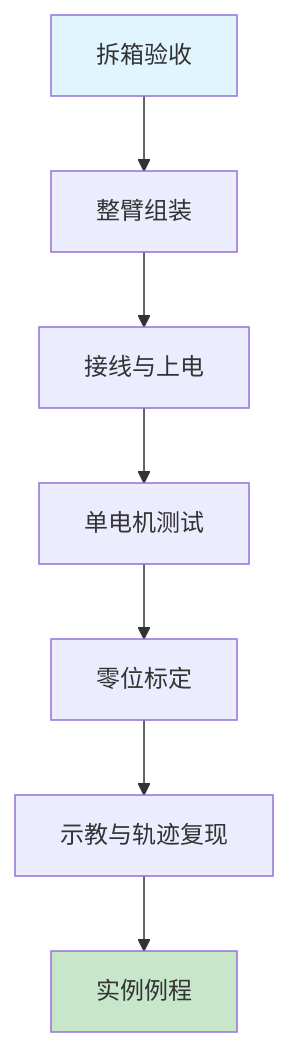
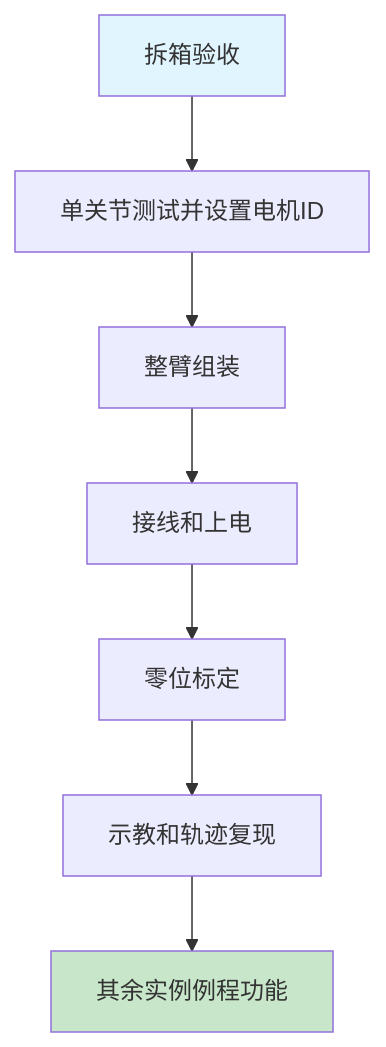
The first of 3 diagrams in docs/chapter1_1.md (joyin-dexhand/joyin_arm_tutorial), drawn with Mermaid before and after one commit. The commit also changed other lines of this file, not shown here.

````diff
--- a/docs/chapter1_1.md
+++ b/docs/chapter1_1.md
@@ -64,12 +64,12 @@
 ```mermaid
 flowchart TD
-    A[拆箱验收] --> B[整臂组装]
-    B --> C[接线与上电]
-    C --> D[单电机测试]
+    A[拆箱验收] --> B[单关节测试并设置电机ID]
+    B --> C[整臂组装]
+    C --> D[接线和上电]
     D --> E[零位标定]
-    E --> F[示教与轨迹复现]
-    F --> G[实例例程]
-    
+    E --> F[示教和轨迹复现]
+    F --> G[其余实例例程功能]
+
     style A fill:#e1f5fe
     style G fill:#c8e6c9
 ```
````
